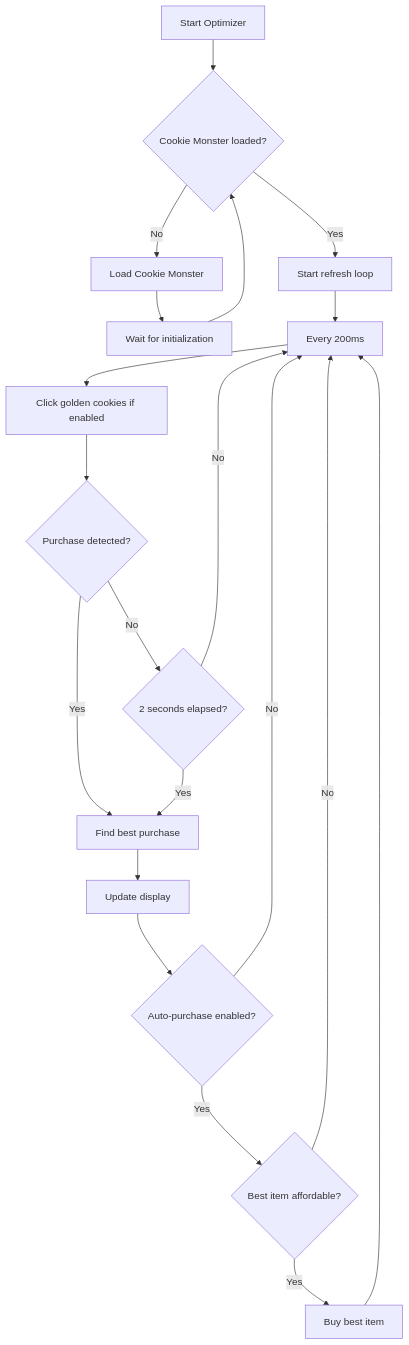
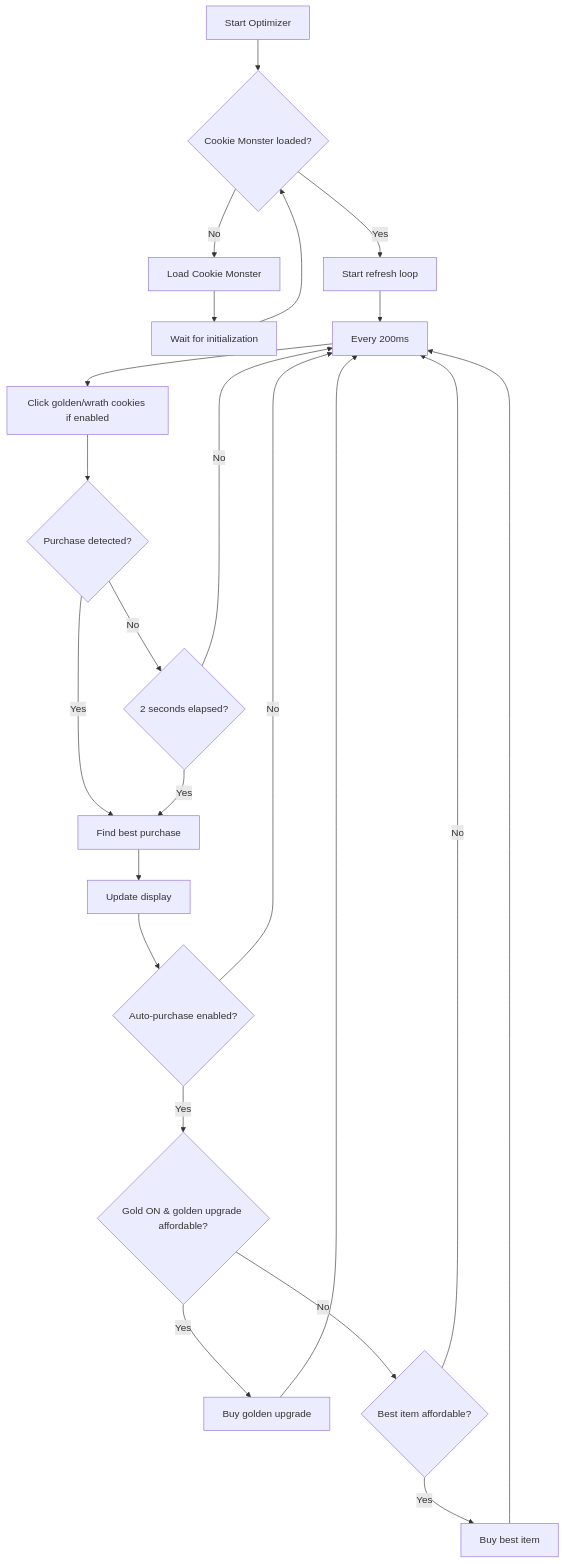
One commit to ianneub/cookie_clicker_optimizer changed the diagram in README.md. Above: the diagram before and after it, drawn with Mermaid. The commit also changed 1 other file, not shown here.

Commit message:
Add review diagram for README reconciliation and update flowchart for golden/wrath cookie handling

````diff
--- a/README.md
+++ b/README.md
@@ -16,22 +16,25 @@
 ```mermaid
 flowchart TD
     A[Start Optimizer] --> B{Cookie Monster loaded?}
     B -->|No| C[Load Cookie Monster]
     C --> D[Wait for initialization]
     D --> B
     B -->|Yes| E[Start refresh loop]
     E --> F[Every 200ms]
-    F --> G[Click golden cookies if enabled]
+    F --> G[Click golden/wrath cookies if enabled]
     G --> H{Purchase detected?}
     H -->|Yes| I[Find best purchase]
     H -->|No| J{2 seconds elapsed?}
     J -->|Yes| I
     J -->|No| F
     I --> K[Update display]
     K --> L{Auto-purchase enabled?}
-    L -->|Yes| M{Best item affordable?}
-    M -->|Yes| N[Buy best item]
-    M -->|No| F
     L -->|No| F
+    L -->|Yes| M{Gold ON & golden upgrade affordable?}
+    M -->|Yes| N[Buy golden upgrade]
+    M -->|No| O{Best item affordable?}
+    O -->|Yes| P[Buy best item]
+    O -->|No| F
     N --> F
+    P --> F
 ```
````
